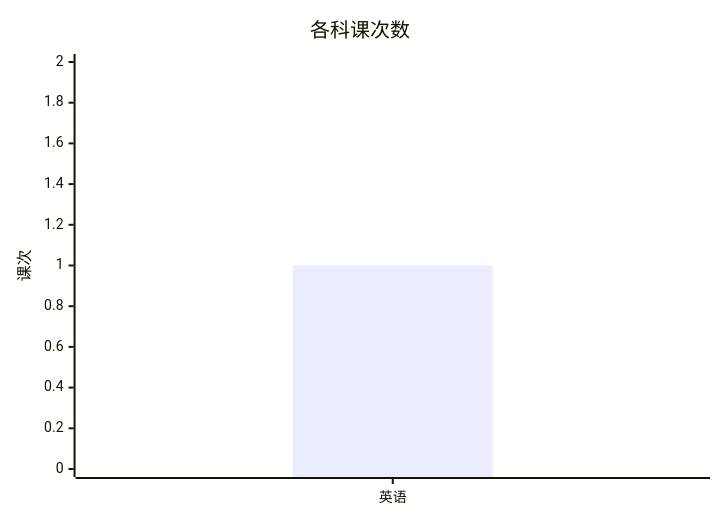
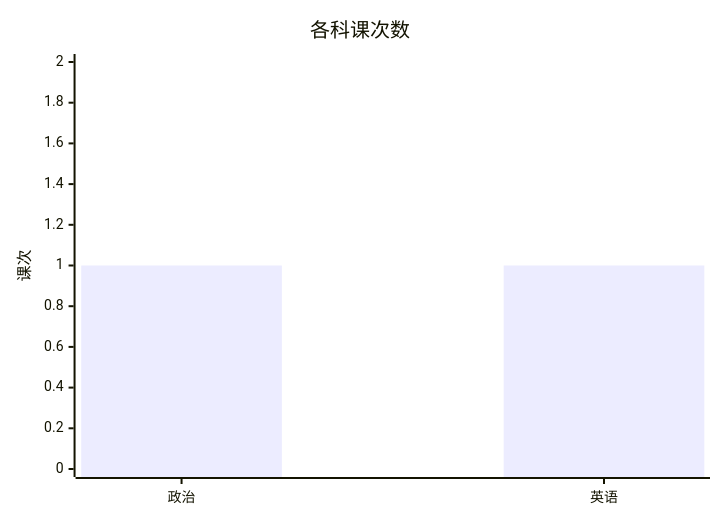
Before and after one commit to zhuchenyu2008/Learning-Library: the second of 3 diagrams in README.md, drawn with Mermaid. The commit also changed other lines of this file, not shown here.

````diff
--- a/README.md
+++ b/README.md
@@ -44,7 +45,7 @@
 ```mermaid
 xychart-beta
     title "各科课次数"
-    x-axis ["英语"]
+    x-axis ["政治", "英语"]
     y-axis "课次" 0 --> 2
-    bar [1]
+    bar [1, 1]
 ```
````
